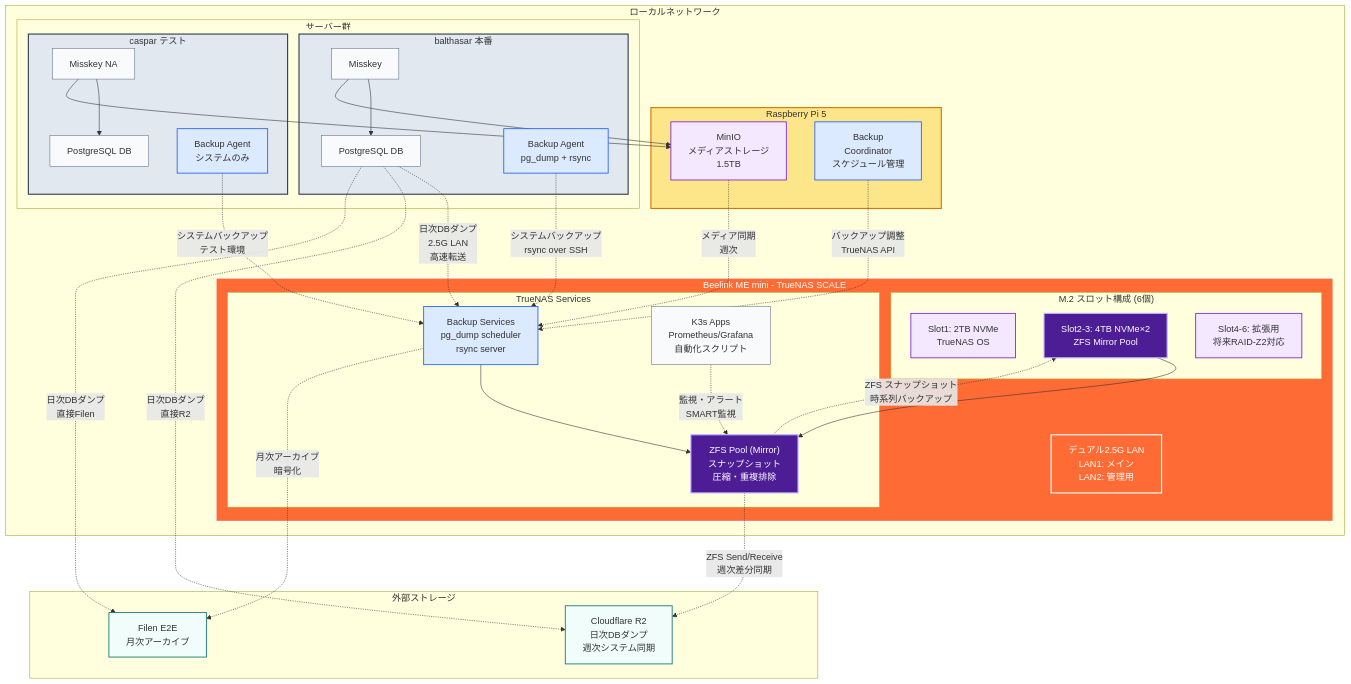
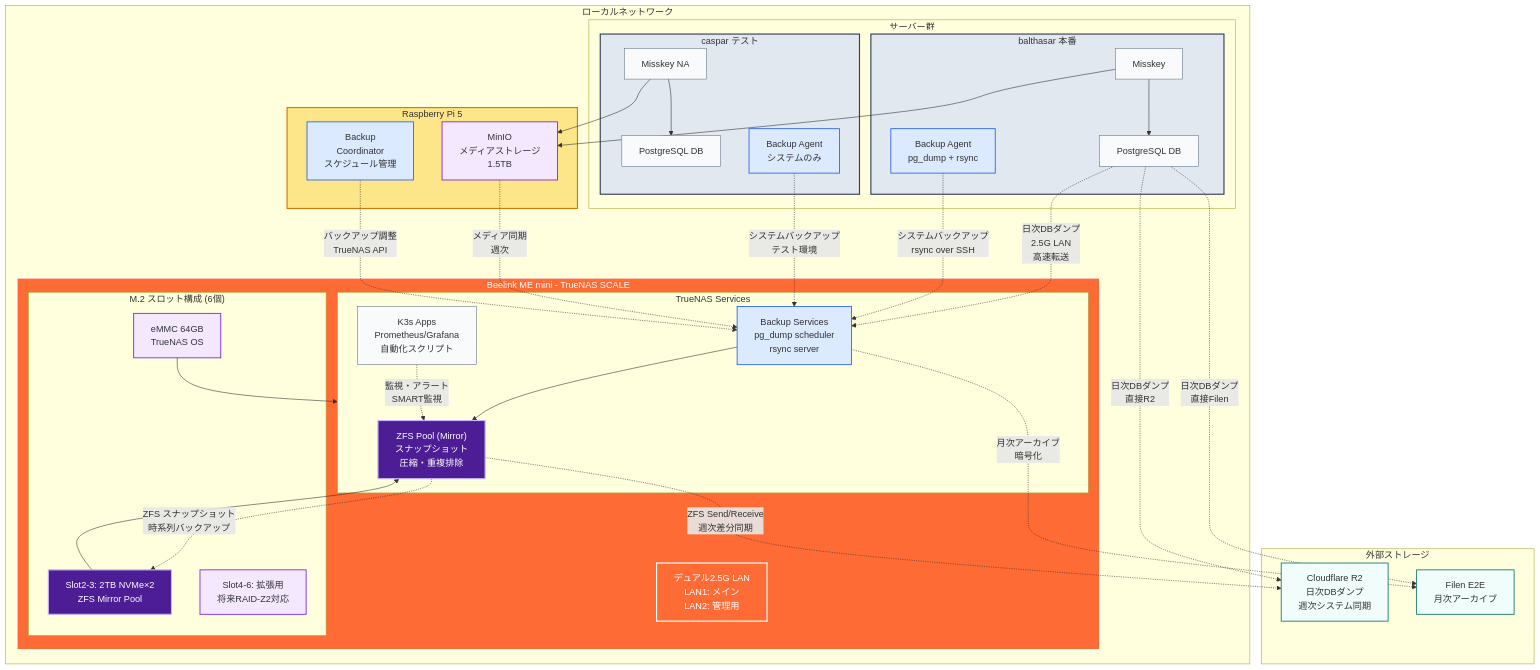
Before and after one commit to yamisskey-dev/hosted-list: the third of 4 diagrams in README.md, drawn with Mermaid.

````diff
--- a/README.md
+++ b/README.md
@@ -233,8 +233,8 @@
         %% Beelink TrueNAS
         subgraph beelink_nas["Beelink ME mini - TrueNAS SCALE"]
             subgraph m2_slots["M.2 スロット構成 (6個)"]
-                slot1["Slot1: 2TB NVMe<br/>TrueNAS OS"]:::storage
-                slot23["Slot2-3: 4TB NVMe×2<br/>ZFS Mirror Pool"]:::zfs
+                emmc["eMMC 64GB<br/>TrueNAS OS"]:::storage
+                slot23["Slot2-3: 2TB NVMe×2<br/>ZFS Mirror Pool"]:::zfs
                 slot456["Slot4-6: 拡張用<br/>将来RAID-Z2対応"]:::storage
             end
             
@@ -283,6 +283,7 @@
     %% TrueNAS internal flows
     backup_svc --> zfs_pool
     slot23 --> zfs_pool
+    emmc --> truenas_services
     
     %% ZFS snapshots and replication
     zfs_pool -.->|"ZFS Send/Receive<br/>週次差分同期"| r2
@@ -307,6 +308,8 @@
     class misskey1,misskey2,db1,db2,k3s_apps service
     class backup_svc,coordinator,backup1,backup2 backup
     class r2,filen cloud
-    class minio,slot1,slot456 storage
+    class minio,slot456 storage
     class zfs_pool,slot23 zfs
+    class emmc storage
+
 ```
````
